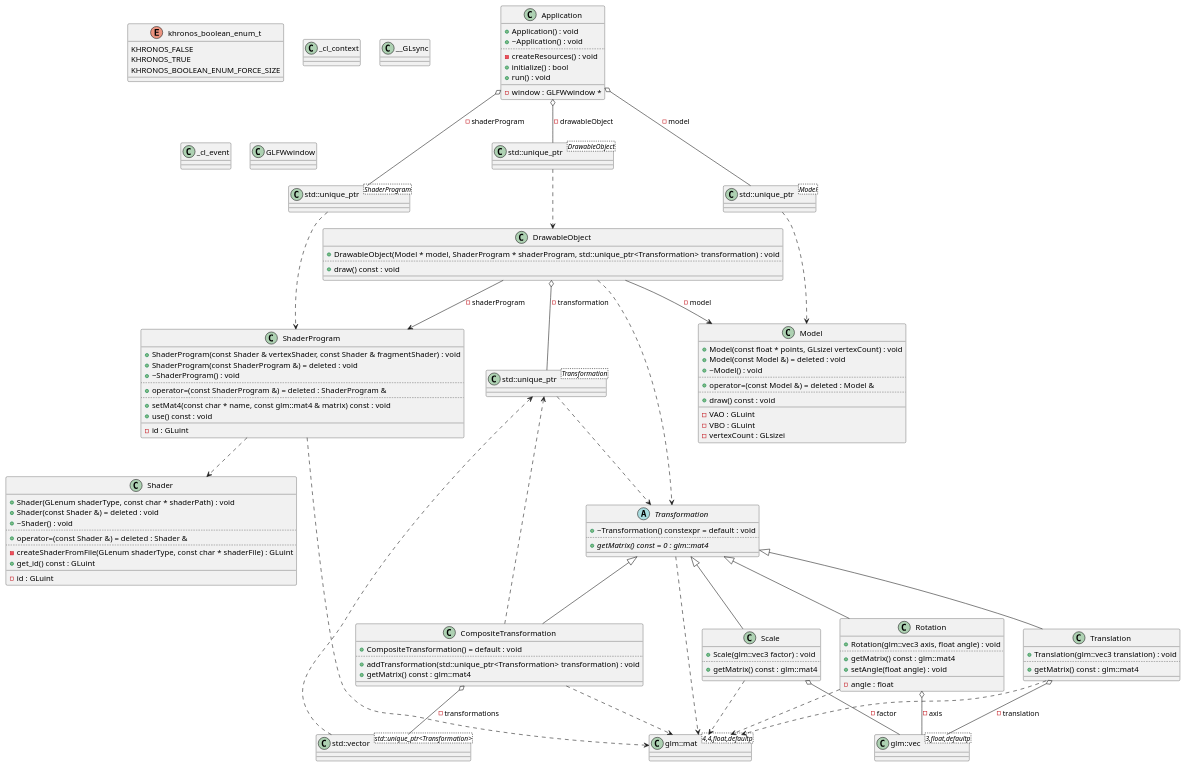
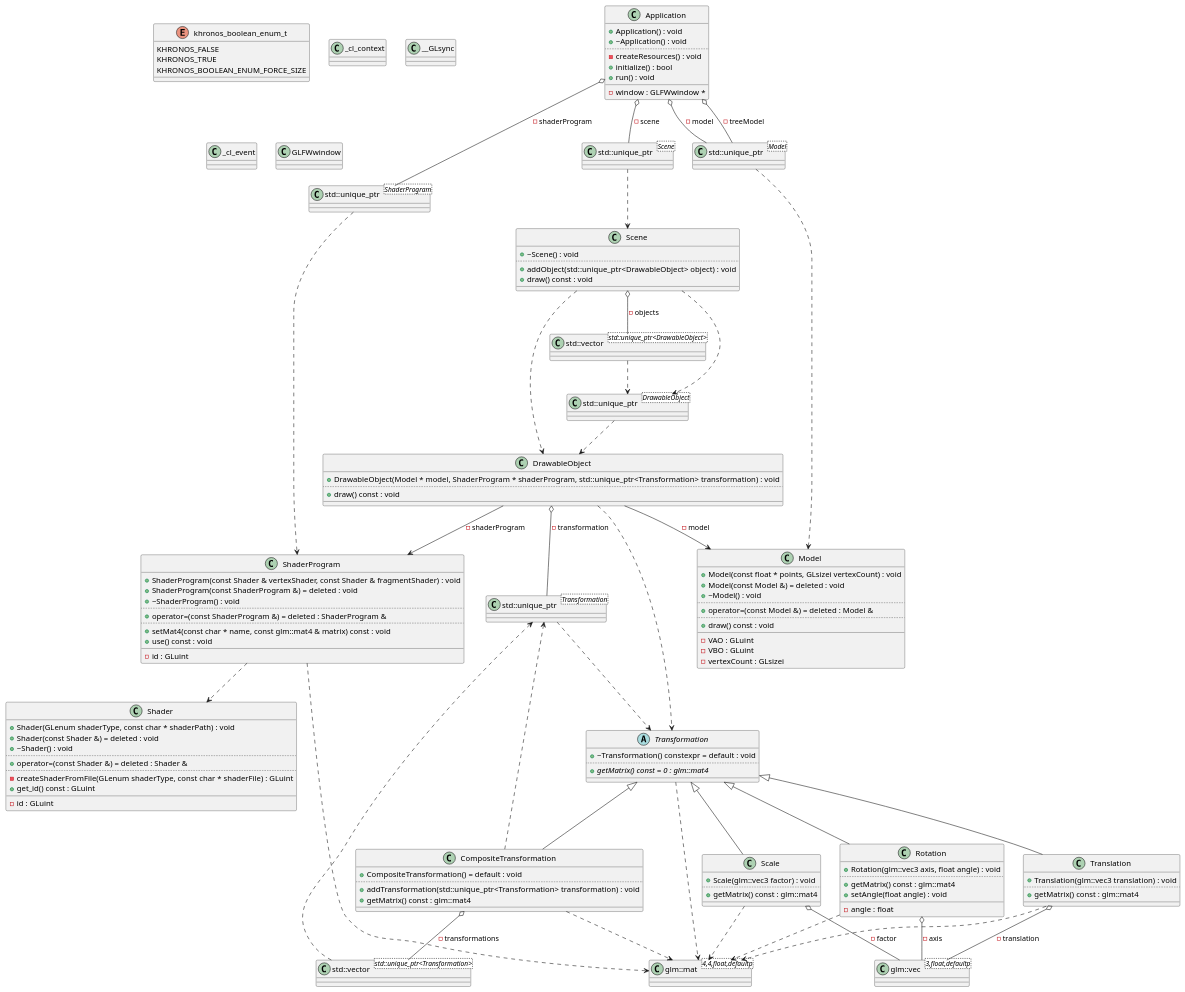
The diagram in project/diagrams/architecture.puml (prezmyl/ZPG-computer-graphics), drawn with PlantUML before and after one commit. The commit also changed 2 other files, not shown here.

```diff
--- a/project/diagrams/architecture.puml
+++ b/project/diagrams/architecture.puml
@@ -1,4 +1,12 @@
 @startuml
+class "std::unique_ptr<DrawableObject>" as C_0009635456962427627091
+class C_0009635456962427627091 {
+__
+}
+class "std::vector<std::unique_ptr<DrawableObject>>" as C_0003254735137969347630
+class C_0003254735137969347630 {
+__
+}
 class "std::unique_ptr<Transformation>" as C_0011978167887591285784
 class C_0011978167887591285784 {
 __
@@ -15,8 +23,8 @@
 class C_0002291808102789227029 {
 __
 }
-class "std::unique_ptr<DrawableObject>" as C_0009635456962427627091
-class C_0009635456962427627091 {
+class "std::unique_ptr<Scene>" as C_0005841236919913815719
+class C_0005841236919913815719 {
 __
 }
 class "glm::mat<4,4,float,defaultp>" as C_0010357790864569679796
@@ -71,19 +79,12 @@
 class C_0016742860404031477541 {
 __
 }
-abstract "Transformation" as C_0011135272028013465752
-abstract C_0011135272028013465752 {
-+~Transformation() constexpr = default : void
+class "Scene" as C_0016177104474805726272
+class C_0016177104474805726272 {
++~Scene() : void
 ..
-{abstract} +getMatrix() const = 0 : glm::mat4
-__
-}
-class "CompositeTransformation" as C_0014692852523536517661
-class C_0014692852523536517661 {
-+CompositeTransformation() = default : void
-..
-+addTransformation(std::unique_ptr<Transformation> transformation) : void
-+getMatrix() const : glm::mat4
++addObject(std::unique_ptr<DrawableObject> object) : void
++draw() const : void
 __
 }
 class "Model" as C_0013243640185453418494
@@ -100,11 +101,11 @@
 -VBO : GLuint
 -vertexCount : GLsizei
 }
-class "Scale" as C_0017660363320762853361
-class C_0017660363320762853361 {
-+Scale(glm::vec3 factor) : void
+abstract "Transformation" as C_0011135272028013465752
+abstract C_0011135272028013465752 {
++~Transformation() constexpr = default : void
 ..
-+getMatrix() const : glm::mat4
+{abstract} +getMatrix() const = 0 : glm::mat4
 __
 }
 class "DrawableObject" as C_0000766055162852517381
@@ -112,6 +113,21 @@
 +DrawableObject(Model * model, ShaderProgram * shaderProgram, std::unique_ptr<Transformation> transformation) : void
 ..
 +draw() const : void
+__
+}
+class "CompositeTransformation" as C_0014692852523536517661
+class C_0014692852523536517661 {
++CompositeTransformation() = default : void
+..
++addTransformation(std::unique_ptr<Transformation> transformation) : void
++getMatrix() const : glm::mat4
+__
+}
+class "Scale" as C_0017660363320762853361
+class C_0017660363320762853361 {
++Scale(glm::vec3 factor) : void
+..
++getMatrix() const : glm::mat4
 __
 }
 class "Application" as C_0008808924239730370349
@@ -132,10 +148,6 @@
 +getMatrix() const : glm::mat4
 __
 }
-class "GLFWwindow" as C_0008434725962297335764
-class C_0008434725962297335764 {
-__
-}
 class "Rotation" as C_0018403690083903418410
 class C_0018403690083903418410 {
 +Rotation(glm::vec3 axis, float angle) : void
@@ -145,14 +157,27 @@
 __
 -angle : float
 }
+class "GLFWwindow" as C_0008434725962297335764
+class C_0008434725962297335764 {
+__
+}
+C_0009635456962427627091 ..> C_0000766055162852517381
+C_0003254735137969347630 ..> C_0009635456962427627091
 C_0011978167887591285784 ..> C_0011135272028013465752
 C_0003315780756738677811 ..> C_0011978167887591285784
 C_0005429747195776422453 ..> C_0013243640185453418494
 C_0002291808102789227029 ..> C_0009272917675807370667
-C_0009635456962427627091 ..> C_0000766055162852517381
+C_0005841236919913815719 ..> C_0016177104474805726272
 C_0009272917675807370667 ..> C_0014899929896336503560
 C_0009272917675807370667 ..> C_0010357790864569679796
+C_0016177104474805726272 ..> C_0009635456962427627091
+C_0016177104474805726272 ..> C_0000766055162852517381
+C_0016177104474805726272 o-- C_0003254735137969347630 : -objects
 C_0011135272028013465752 ..> C_0010357790864569679796
+C_0000766055162852517381 ..> C_0011135272028013465752
+C_0000766055162852517381 o-- C_0011978167887591285784 : -transformation
+C_0000766055162852517381 --> C_0013243640185453418494 : -model
+C_0000766055162852517381 --> C_0009272917675807370667 : -shaderProgram
 C_0014692852523536517661 ..> C_0011978167887591285784
 C_0014692852523536517661 ..> C_0010357790864569679796
 C_0014692852523536517661 o-- C_0003315780756738677811 : -transformations
@@ -160,13 +185,10 @@
 C_0017660363320762853361 ..> C_0010357790864569679796
 C_0017660363320762853361 o-- C_0005836985577823843820 : -factor
 C_0011135272028013465752 <|-- C_0017660363320762853361
-C_0000766055162852517381 ..> C_0011135272028013465752
-C_0000766055162852517381 o-- C_0011978167887591285784 : -transformation
-C_0000766055162852517381 --> C_0013243640185453418494 : -model
-C_0000766055162852517381 --> C_0009272917675807370667 : -shaderProgram
 C_0008808924239730370349 o-- C_0005429747195776422453 : -model
+C_0008808924239730370349 o-- C_0005429747195776422453 : -treeModel
 C_0008808924239730370349 o-- C_0002291808102789227029 : -shaderProgram
-C_0008808924239730370349 o-- C_0009635456962427627091 : -drawableObject
+C_0008808924239730370349 o-- C_0005841236919913815719 : -scene
 C_0017401563024334194039 ..> C_0010357790864569679796
 C_0017401563024334194039 o-- C_0005836985577823843820 : -translation
 C_0011135272028013465752 <|-- C_0017401563024334194039
```
